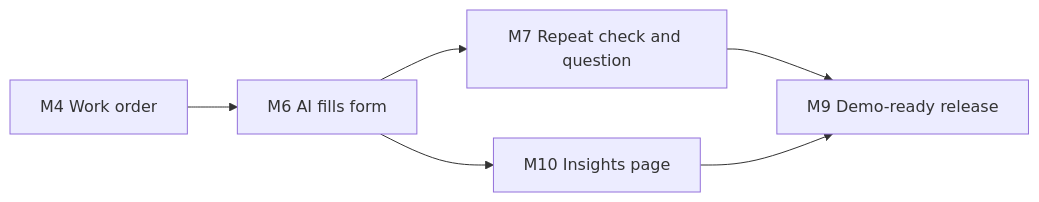
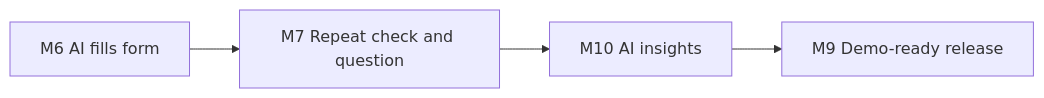
Before and after one commit to DuliniMendis/plant-defect-triage: the diagram in docs/milestones-v2.md, drawn with Mermaid. The commit also changed other lines of this file and 38 other files, not shown here.

````diff
--- a/docs/milestones-v2.md
+++ b/docs/milestones-v2.md
@@ -25,8 +23,6 @@
 ```mermaid
 flowchart LR
-  M4[M4 Work order] --> M6[M6 AI fills form]
-  M6 --> M7[M7 Repeat check and question]
-  M6 --> M10[M10 Insights page]
-  M7 --> M9[M9 Demo-ready release]
-  M10 --> M9
+  M6[M6 AI fills form] --> M7[M7 Repeat check and question]
+  M7 --> M10[M10 AI insights]
+  M10 --> M9[M9 Demo-ready release]
 ```
````
